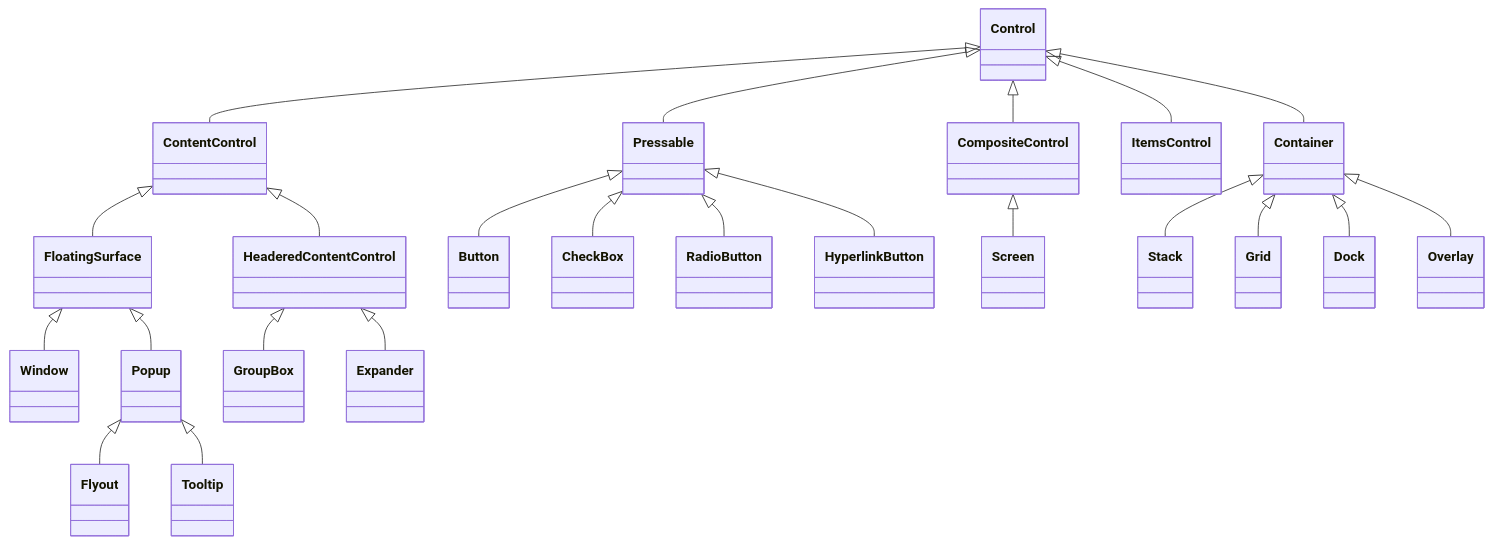
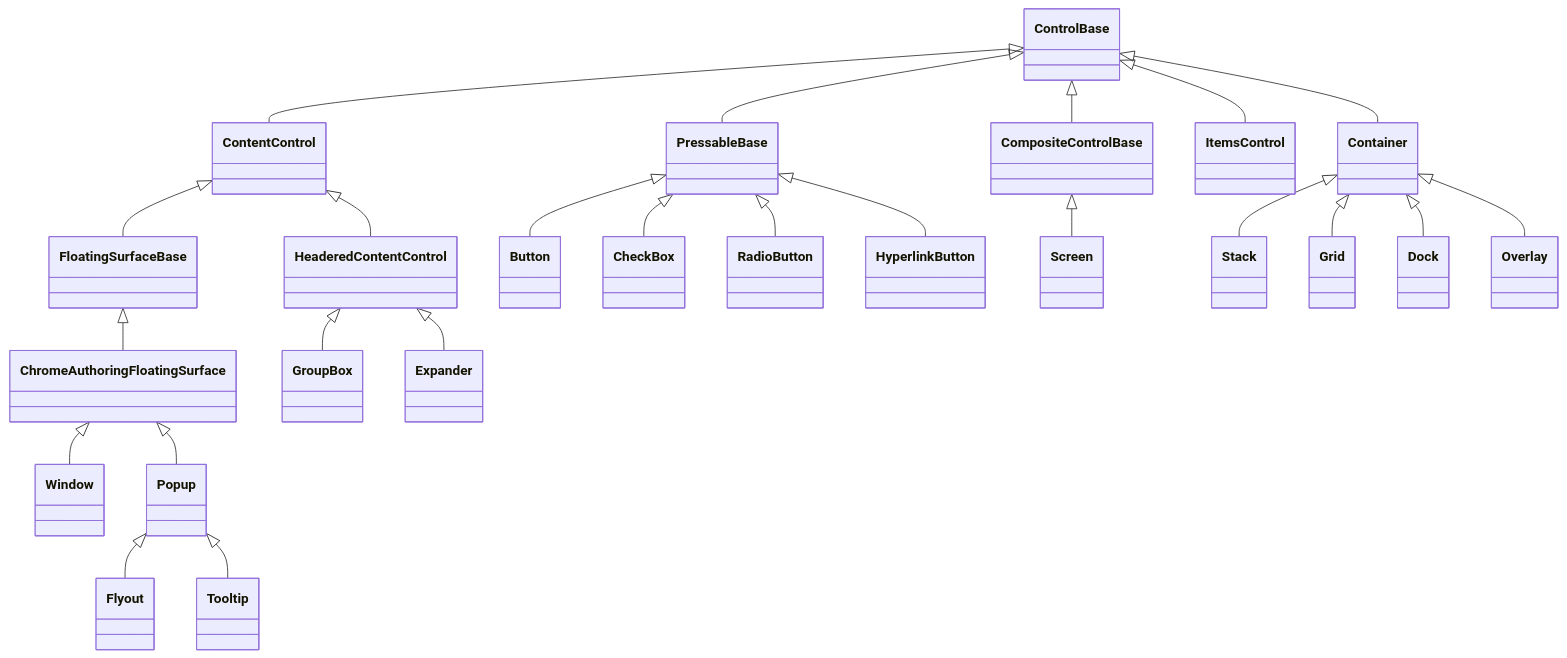
The diagram in docs/controls/index.md (pavkam/sharp-vision), drawn with Mermaid before and after one commit. The commit also changed 1 other file, not shown here.

Commit message:
Correct the controls class diagram and add missing namespace rows
The controls-index class diagram drew four inheritance edges that do
not exist: Screen, Window, Popup, and HyperlinkButton were each shown
hanging off a generic role class (CompositeControl, FloatingSurface,
Pressable) when the concrete type actually derives from that class's
non-generic sibling base. Redraw the diagram against the verified
hierarchy, naming ControlBase/CompositeControlBase/FloatingSurfaceBase/
PressableBase explicitly and inserting ChromeAuthoringFloatingSurface
between FloatingSurfaceBase and Window/Popup.

The project-structure infrastructure-namespaces table also omitted
four namespaces that ship public types: Controls.Charts, DataBinding,
Fonts, and Text. Add rows for each, porting the Charts wording from
the controls-index namespace table and drafting the rest from each
namespace's public surface.

Fixes #428

````diff
--- a/docs/controls/index.md
+++ b/docs/controls/index.md
@@ -12,25 +12,26 @@
 ```mermaid
 classDiagram
-    Control <|-- Container
-    Control <|-- ContentControl
-    Control <|-- CompositeControl
-    Control <|-- ItemsControl
-    Control <|-- Pressable
-    ContentControl <|-- FloatingSurface
+    ControlBase <|-- Container
+    ControlBase <|-- ContentControl
+    ControlBase <|-- CompositeControlBase
+    ControlBase <|-- ItemsControl
+    ControlBase <|-- PressableBase
+    ContentControl <|-- FloatingSurfaceBase
     ContentControl <|-- HeaderedContentControl
-    FloatingSurface <|-- Window
-    FloatingSurface <|-- Popup
+    FloatingSurfaceBase <|-- ChromeAuthoringFloatingSurface
+    ChromeAuthoringFloatingSurface <|-- Window
+    ChromeAuthoringFloatingSurface <|-- Popup
     Popup <|-- Flyout
     Popup <|-- Tooltip
-    Pressable <|-- Button
-    Pressable <|-- CheckBox
-    Pressable <|-- RadioButton
-    Pressable <|-- HyperlinkButton
+    PressableBase <|-- Button
+    PressableBase <|-- CheckBox
+    PressableBase <|-- RadioButton
+    PressableBase <|-- HyperlinkButton
     HeaderedContentControl <|-- GroupBox
     HeaderedContentControl <|-- Expander
-    CompositeControl <|-- Screen
+    CompositeControlBase <|-- Screen
     Container <|-- Stack
     Container <|-- Grid
     Container <|-- Dock
     Container <|-- Overlay
 ```
````
